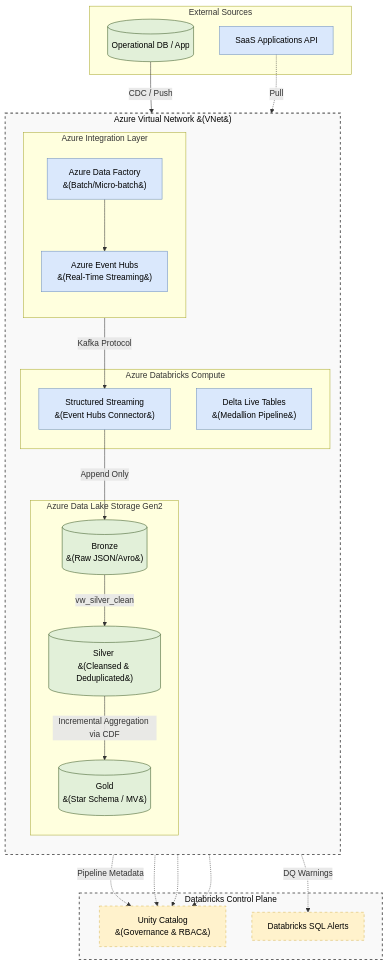
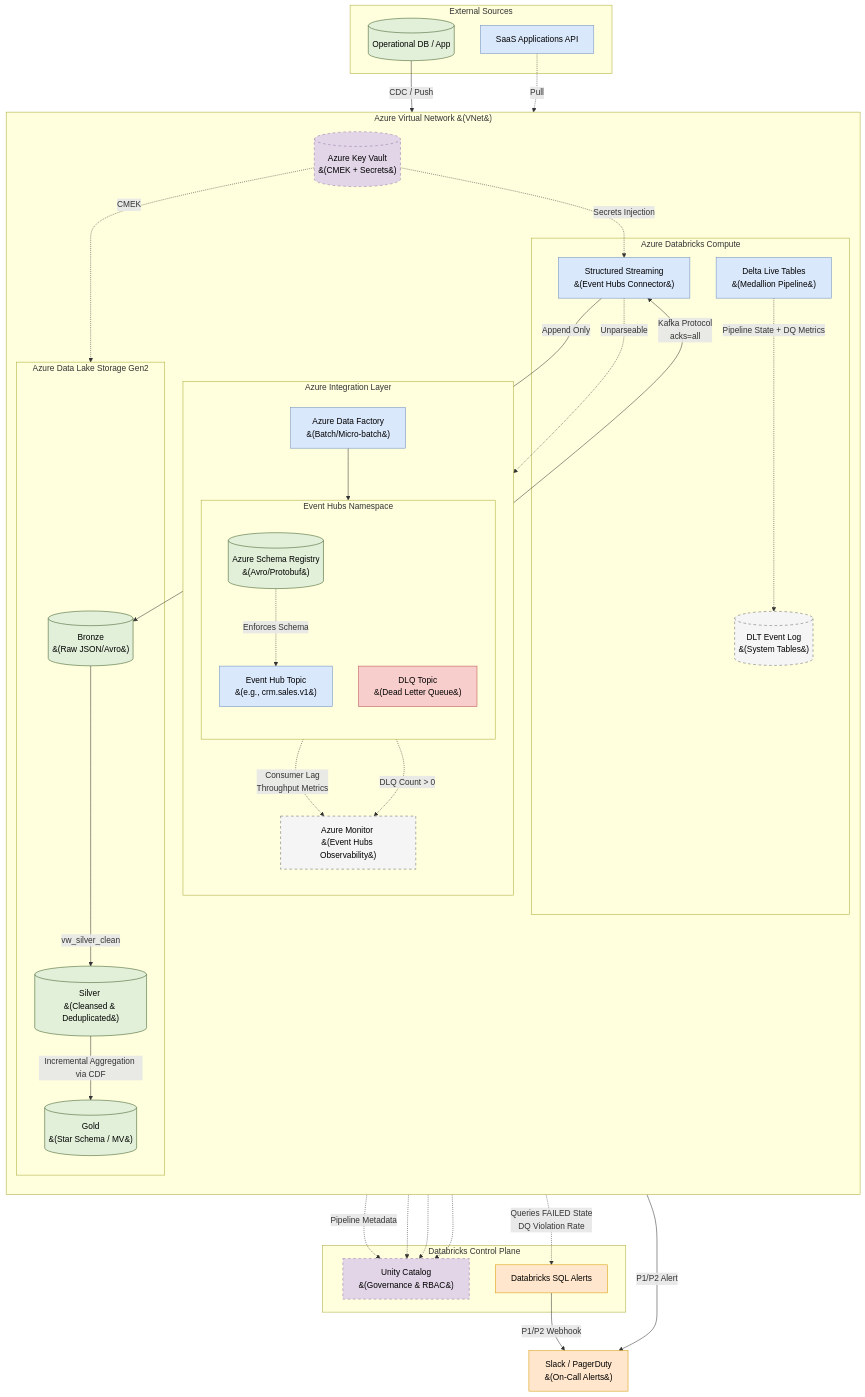
Before and after one commit to toanbui626391/data_architect: the diagram in azure/databricks_realtime_datawarehouse_architecture.md, drawn with Mermaid. The commit also changed other lines of this file and 11 other files, not shown here.

````diff
--- a/azure/databricks_realtime_datawarehouse_architecture.md
+++ b/azure/databricks_realtime_datawarehouse_architecture.md
@@ -17,21 +17,38 @@
         SaaS["SaaS Applications API"]
     end
 
+    %% Notification Target (outside VNet)
+    Notification["Slack / PagerDuty <br>&#40;On-Call Alerts&#41;"]
+
     %% Security Boundary: Azure VNet
     subgraph AzureVNet [Azure Virtual Network &#40;VNet&#41;]
         direction TB
-        
+
+        %% Security: Key Vault
+        KeyVault[("Azure Key Vault <br>&#40;CMEK + Secrets&#41;")]
+
         %% Ingestion Layer
         subgraph Ingestion [Azure Integration Layer]
             direction TB
             ADF["Azure Data Factory <br>&#40;Batch/Micro-batch&#41;"]
-            EventHubs["Azure Event Hubs <br>&#40;Real-Time Streaming&#41;"]
+
+            subgraph EH_Namespace [Event Hubs Namespace]
+                direction TB
+                SchemaReg[("Azure Schema Registry <br>&#40;Avro/Protobuf&#41;")]
+                MainTopic["Event Hub Topic <br>&#40;e.g., crm.sales.v1&#41;"]
+                DLQTopic["DLQ Topic <br>&#40;Dead Letter Queue&#41;"]
+
+                SchemaReg -.->|Enforces Schema| MainTopic
+            end
+
+            AzMonitor["Azure Monitor <br>&#40;Event Hubs Observability&#41;"]
         end
 
         %% Compute Layer
         subgraph Compute [Azure Databricks Compute]
             Spark["Structured Streaming <br>&#40;Event Hubs Connector&#41;"]
             DLT["Delta Live Tables <br>&#40;Medallion Pipeline&#41;"]
+            EventLog[("DLT Event Log <br>&#40;System Tables&#41;")]
         end
 
         %% Storage Layer
@@ -48,36 +65,51 @@
         SQLAlert["Databricks SQL Alerts"]
     end
 
-    %% Flow
-    App -->|CDC / Push| EventHubs
+    %% Data Flow
+    App -->|CDC / Push| MainTopic
     SaaS -.->|Pull| ADF
-    ADF --> EventHubs
-    
-    EventHubs -->|Kafka Protocol| Spark
+    ADF --> MainTopic
+
+    MainTopic -->|Kafka Protocol <br> acks=all| Spark
     Spark -->|Append Only| Bronze
-    
-    %% DLT Processing
+    Spark -.->|Unparseable| DLQTopic
+
+    %% DLT Medallion Processing
     Bronze -->|vw_silver_clean| Silver
     Silver -->|Incremental Aggregation via CDF| Gold
 
-    %% Governance & Monitoring
+    %% Security: Key Vault injects secrets at runtime
+    KeyVault -.->|Secrets Injection| Spark
+    KeyVault -.->|CMEK| Storage
+
+    %% Governance
     DLT -.->|Pipeline Metadata| Unity
     Bronze -.-> Unity
     Silver -.-> Unity
     Gold -.-> Unity
-    
-    DLT -.->|DQ Warnings| SQLAlert
 
-    %% Styling
-    classDef storage fill:#e2f0d9,stroke:#385723,stroke-width:1px,color:#000;
-    classDef process fill:#dae8fc,stroke:#6c8ebf,stroke-width:1px,color:#000;
-    classDef bad fill:#f8cecc,stroke:#b85450,stroke-width:1px,color:#000;
-    classDef monitor fill:#fff2cc,stroke:#d6b656,stroke-width:1px,color:#000,stroke-dasharray: 5 5;
-    classDef network fill:#f9f9f9,stroke:#666,stroke-width:2px,color:#000,stroke-dasharray: 5 5;
-    classDef alert fill:#ffe6cc,stroke:#d79b00,stroke-width:1px,color:#000;
-    
-    class App,Bronze,Silver,Gold storage;
-    class SaaS,ADF,EventHubs,Spark,DLT process;
-    class Unity,SQLAlert monitor;
-    class AzureVNet,ControlPlane network;
+    %% Observability: Event Hubs side (Rule 11 §7.2)
+    MainTopic -.->|Consumer Lag <br> Throughput Metrics| AzMonitor
+    DLQTopic -.->|DLQ Count > 0| AzMonitor
+    AzMonitor -->|P1/P2 Alert| Notification
+
+    %% Observability: Databricks side (Rule 11 §7.1)
+    DLT -.->|Pipeline State + DQ Metrics| EventLog
+    EventLog -.->|Queries FAILED State <br> DQ Violation Rate| SQLAlert
+    SQLAlert -->|P1/P2 Webhook| Notification
+
+    %% Styling — Enterprise Pastel Palette (mermaid-edit skill)
+    classDef storage   fill:#e2f0d9,stroke:#385723,stroke-width:1px,color:#000;
+    classDef process   fill:#dae8fc,stroke:#6c8ebf,stroke-width:1px,color:#000;
+    classDef bad       fill:#f8cecc,stroke:#b85450,stroke-width:1px,color:#000;
+    classDef monitor   fill:#f5f5f5,stroke:#666,stroke-width:1px,color:#000,stroke-dasharray: 5 5;
+    classDef alert     fill:#ffe6cc,stroke:#d79b00,stroke-width:1px,color:#000;
+    classDef security  fill:#e1d5e7,stroke:#9673a6,stroke-width:1px,color:#000,stroke-dasharray: 5 5;
+
+    class App,Bronze,Silver,Gold,SchemaReg storage;
+    class SaaS,ADF,MainTopic,Spark,DLT process;
+    class DLQTopic bad;
+    class EventLog,AzMonitor monitor;
+    class SQLAlert,Notification alert;
+    class Unity,KeyVault security;
 ```
````
